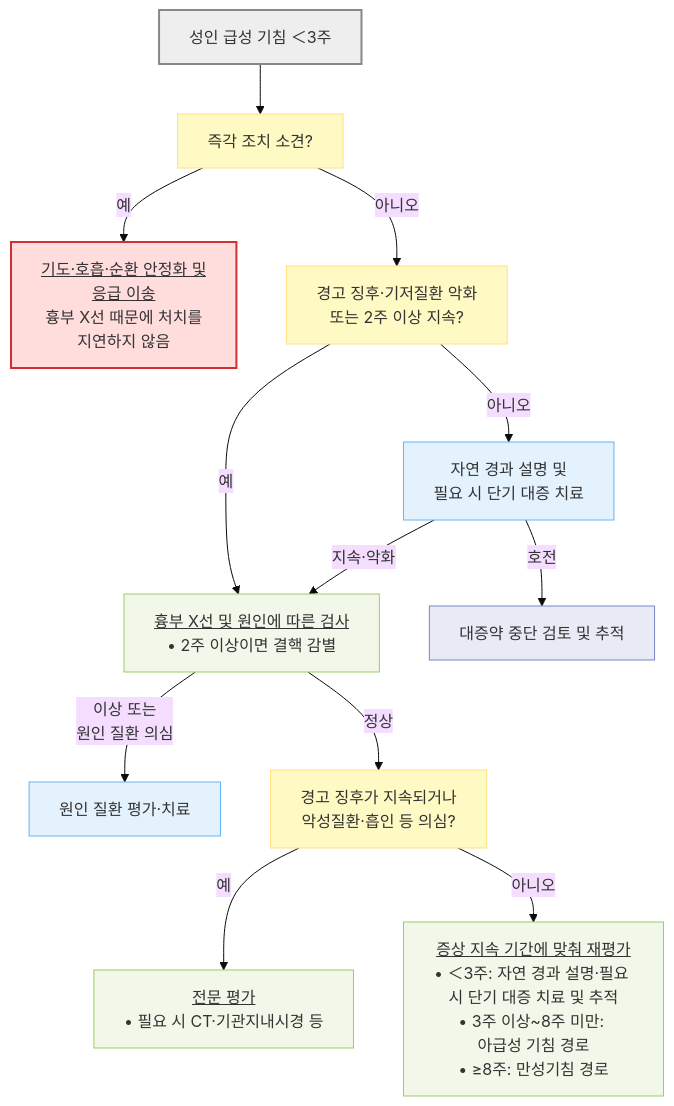
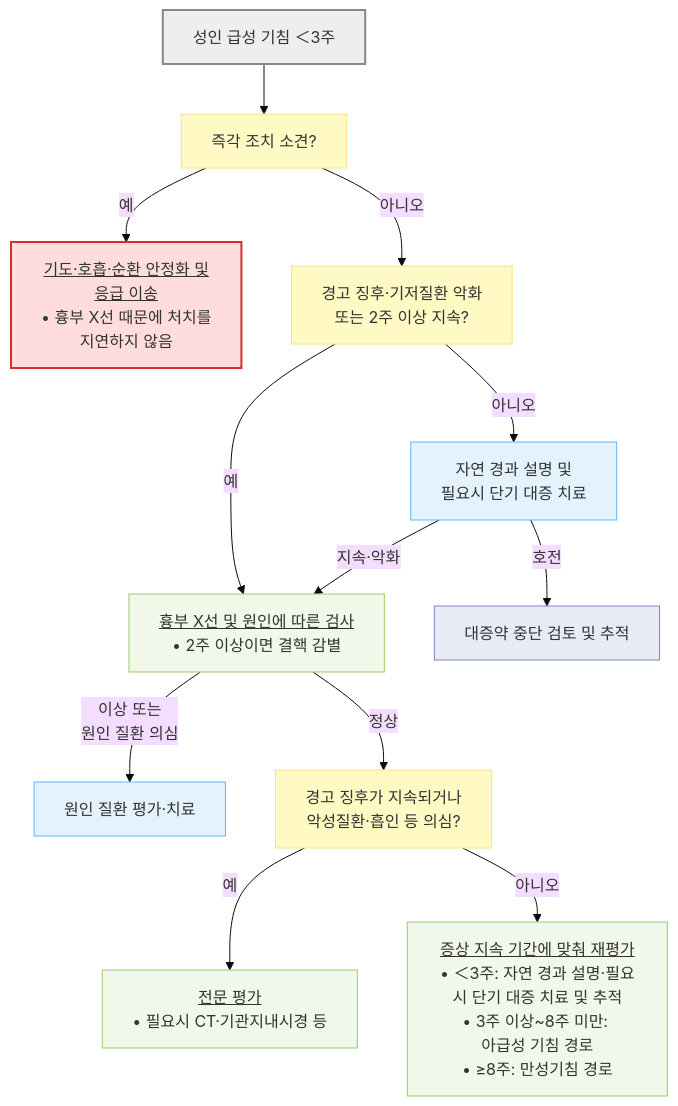
One commit to familyoh77/familyoh77 changed the first of 3 diagrams in 220_/006_-cough.md. Above: the diagram before and after it, drawn with Mermaid (base theme). The commit also changed other lines of this file, not shown here.

````diff
--- a/220_/006_-cough.md
+++ b/220_/006_-cough.md
@@ -287,26 +286,26 @@
 ```mermaid
 flowchart TD
     Start["성인 급성 기침 ＜3주"] --> Urgent["즉각 조치 소견?"]
-    Urgent -- "예" --> Emergency["<u>기도·호흡·순환 안정화 및 <br/>응급 이송</u><br/>흉부 X선 때문에 처치를 <br/>지연하지 않음"]
+    Urgent -- "예" --> Emergency["<u>기도·호흡·순환 안정화 및 <br/>응급 이송</u><br/>• 흉부 X선 때문에 처치를 <br/>지연하지 않음"]
     Urgent -- "아니오" --> Alarm["경고 징후·기저질환 악화<br/>또는 2주 이상 지속?"]
-    Alarm -- "아니오" --> Symptomatic["자연 경과 설명 및 <br/>필요 시 단기 대증 치료"]
+    Alarm -- "아니오" --> Symptomatic["자연 경과 설명 및 <br/>필요시 단기 대증 치료"]
     Alarm -- "예" --> Xray["<u>흉부 X선 및 원인에 따른 검사</u><br/>• 2주 이상이면 결핵 감별"]
     Symptomatic -- "호전" --> Follow["대증약 중단 검토 및 추적"]
     Symptomatic -- "지속·악화" --> Xray
     Xray -- "이상 또는 <br/>원인 질환 의심" --> Treat["원인 질환 평가·치료"]
     Xray -- "정상" --> Risk["경고 징후가 지속되거나<br/>악성질환·흡인 등 의심?"]
-    Risk -- "예" --> Refer["<u>전문 평가</u><br/>• 필요 시 CT·기관지내시경 등"]
-    Risk -- "아니오" --> Duration["<u>증상 지속 기간에 맞춰 재평가</u><br/>• ＜3주: 자연 경과 설명·필요 시 단기 대증 치료 및 추적<br/>• 3주 이상~8주 미만: <br/>아급성 기침 경로<br/>• ≥8주: 만성기침 경로"]
+    Risk -- "예" --> Refer["<u>전문 평가</u><br/>• 필요시 CT·기관지내시경 등"]
+    Risk -- "아니오" --> Duration["<u>증상 지속 기간에 맞춰 재평가</u><br/>• ＜3주: 자연 경과 설명·필요시 단기 대증 치료 및 추적<br/>• 3주 이상~8주 미만: <br/>아급성 기침 경로<br/>• ≥8주: 만성기침 경로"]
     classDef start fill:#eeeeee,stroke:#888888,stroke-width:2px
     classDef question fill:#fff9c4,stroke:#ffe082
     classDef emergency fill:#ffdddd,stroke:#d32f2f,stroke-width:2px
     classDef evaluation fill:#f1f8e9,stroke:#9ccc65
     classDef treatment fill:#e3f2fd,stroke:#64b5f6
     classDef followup fill:#e8eaf6,stroke:#7986cb
     class Start start
     class Urgent,Alarm,Risk question
     class Emergency emergency
     class Xray,Refer,Duration evaluation
     class Symptomatic,Treat treatment
     class Follow followup
 ```
````
